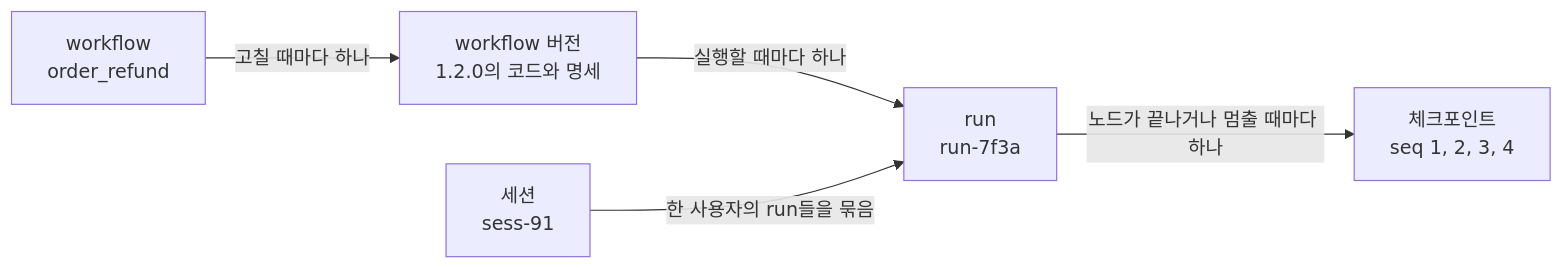
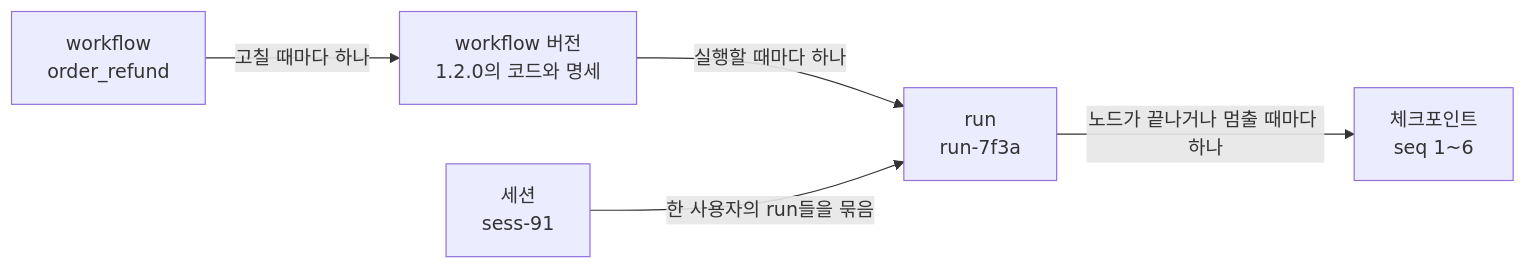
One commit to iwindfree/ai-agent-framework-architecture changed the second of 30 diagrams in 00.architecture.md. Above: the diagram before and after it, drawn with Mermaid. The commit also changed other lines of this file and 1 other file, not shown here.

````diff
--- a/00.architecture.md
+++ b/00.architecture.md
@@ -221,7 +226,7 @@
 ```mermaid
 flowchart LR
     W[workflow<br/>order_refund] -->|고칠 때마다 하나| V[workflow 버전<br/>1.2.0의 코드와 명세]
     V -->|실행할 때마다 하나| R[run<br/>run-7f3a]
-    R -->|노드가 끝나거나 멈출 때마다 하나| C[체크포인트<br/>seq 1, 2, 3, 4]
+    R -->|노드가 끝나거나 멈출 때마다 하나| C[체크포인트<br/>seq 1~6]
     S[세션<br/>sess-91] -->|한 사용자의 run들을 묶음| R
 ```
````
